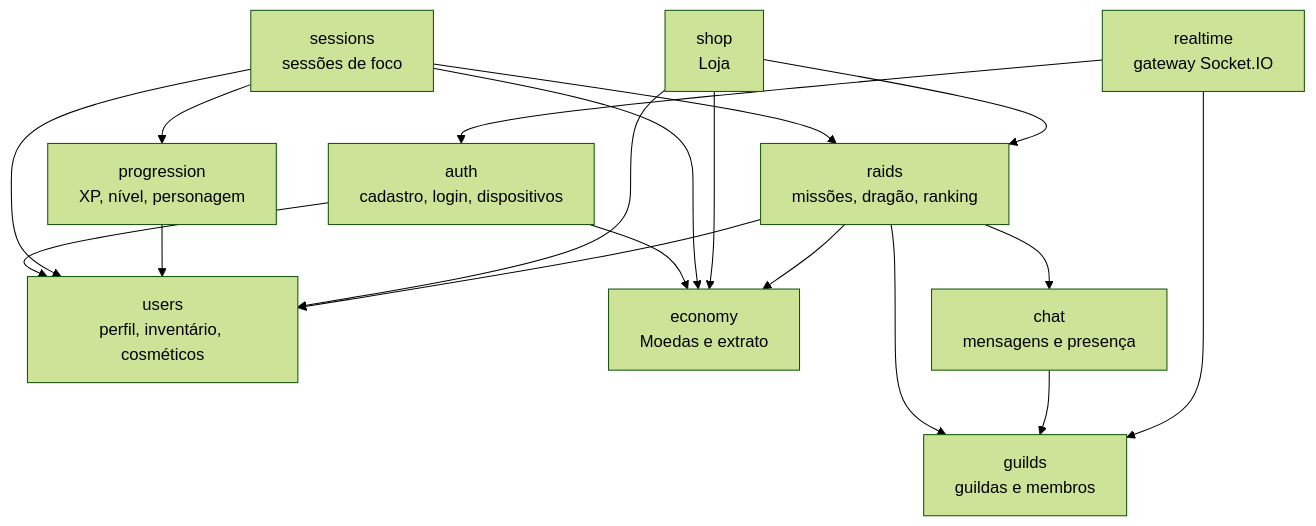
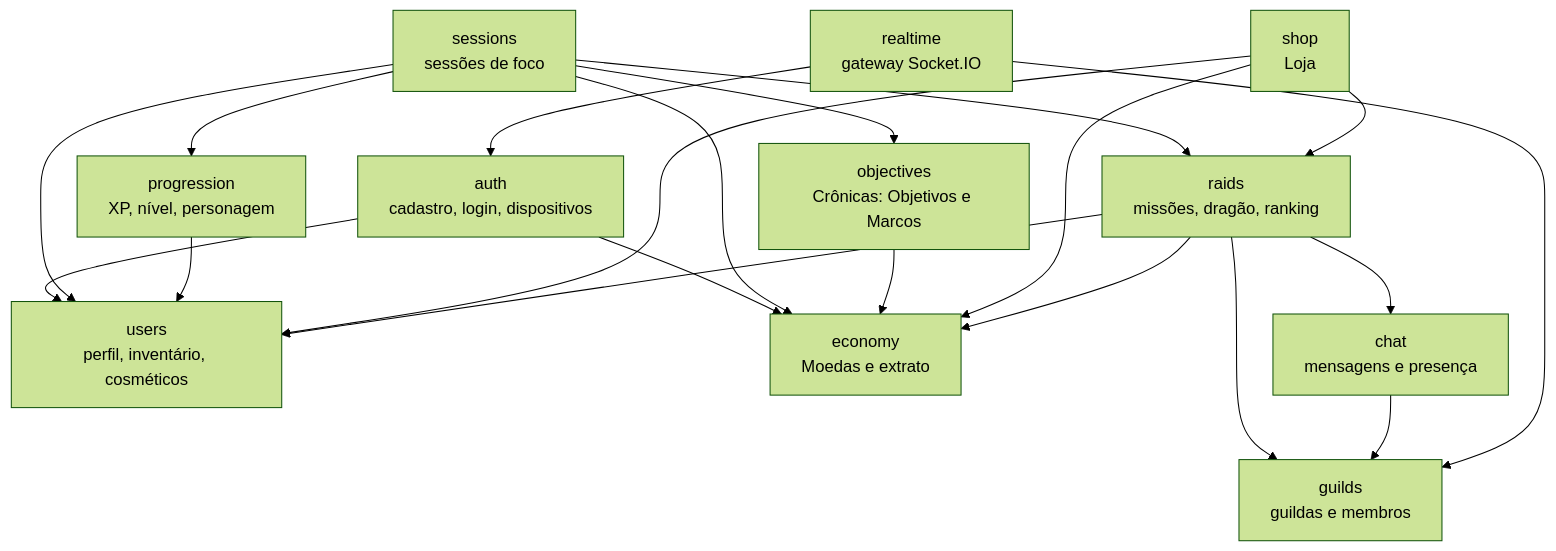
Before and after one commit to MatheusSales2773/wise-warrior: the second of 4 diagrams in README.md, drawn with Mermaid (forest theme). The commit also changed other lines of this file and 6 other files, not shown here.

````diff
--- a/README.md
+++ b/README.md
@@ -97,31 +98,34 @@
 ```mermaid
 flowchart TD
     auth["auth<br/>cadastro, login, dispositivos"]
     users["users<br/>perfil, inventário, cosméticos"]
     progression["progression<br/>XP, nível, personagem"]
     sessions["sessions<br/>sessões de foco"]
     economy["economy<br/>Moedas e extrato"]
     shop["shop<br/>Loja"]
+    objectives["objectives<br/>Crônicas: Objetivos e Marcos"]
     guilds["guilds<br/>guildas e membros"]
     raids["raids<br/>missões, dragão, ranking"]
     chat["chat<br/>mensagens e presença"]
     realtime["realtime<br/>gateway Socket.IO"]
 
     auth --> users
     auth --> economy
     sessions --> progression
     sessions --> economy
     sessions --> raids
     sessions --> users
+    sessions --> objectives
+    objectives --> economy
     progression --> users
     shop --> economy
     shop --> raids
     shop --> users
     raids --> guilds
     raids --> economy
     raids --> users
     raids --> chat
     chat --> guilds
     realtime --> auth
     realtime --> guilds
 ```
````
